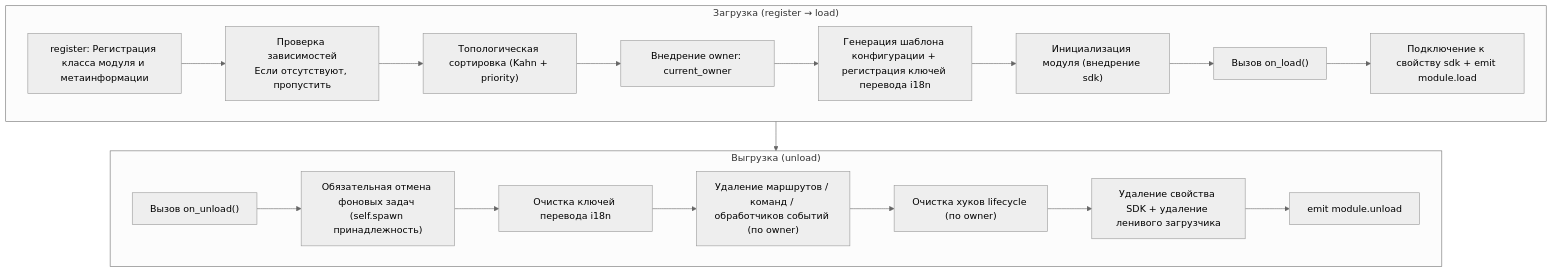
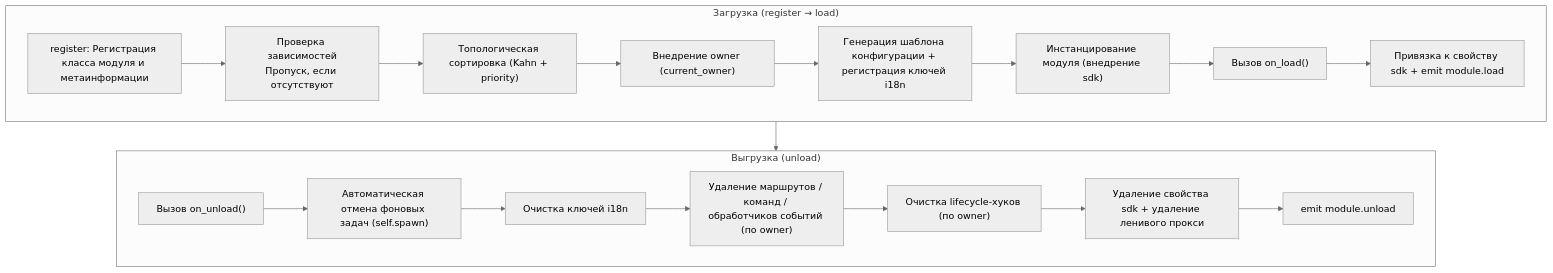
Before and after one commit to ErisPulse/ErisPulse: the diagram in docs/ru/developer-guide/modules/core-concepts.md, drawn with Mermaid (neutral theme). The commit also changed other lines of this file and 83 other files, not shown here.

````diff
--- a/docs/ru/developer-guide/modules/core-concepts.md
+++ b/docs/ru/developer-guide/modules/core-concepts.md
@@ -93,23 +111,23 @@
 ```mermaid
 flowchart TD
     subgraph Load["Загрузка (register → load)"]
-        L1["register: Регистрация класса модуля и метаинформации"] --> L2["Проверка зависимостей<br/>Если отсутствуют, пропустить"]
+        L1["register: Регистрация класса модуля и метаинформации"] --> L2["Проверка зависимостей<br/>Пропуск, если отсутствуют"]
         L2 --> L3["Топологическая сортировка (Kahn + priority)"]
-        L3 --> L4["Внедрение owner: current_owner"]
-        L4 --> L5["Генерация шаблона конфигурации + регистрация ключей перевода i18n"]
-        L5 --> L6["Инициализация модуля (внедрение sdk)"]
+        L3 --> L4["Внедрение owner (current_owner)"]
+        L4 --> L5["Генерация шаблона конфигурации + регистрация ключей i18n"]
+        L5 --> L6["Инстанцирование модуля (внедрение sdk)"]
         L6 --> L7["Вызов on_load()"]
-        L7 --> L8["Подключение к свойству sdk + emit module.load"]
+        L7 --> L8["Привязка к свойству sdk + emit module.load"]
     end
 
     subgraph Unload["Выгрузка (unload)"]
-        U1["Вызов on_unload()"] --> U2["Обязательная отмена фоновых задач (self.spawn принадлежность)"]
-        U2 --> U3["Очистка ключей перевода i18n"]
+        U1["Вызов on_unload()"] --> U2["Автоматическая отмена фоновых задач (self.spawn)"]
+        U2 --> U3["Очистка ключей i18n"]
         U3 --> U4["Удаление маршрутов / команд / обработчиков событий (по owner)"]
-        U4 --> U5["Очистка хуков lifecycle (по owner)"]
-        U5 --> U6["Удаление свойства SDK + удаление ленивого загрузчика"]
+        U4 --> U5["Очистка lifecycle-хуков (по owner)"]
+        U5 --> U6["Удаление свойства sdk + удаление ленивого прокси"]
         U6 --> U7["emit module.unload"]
     end
 
     Load --> Unload
 ```
````
